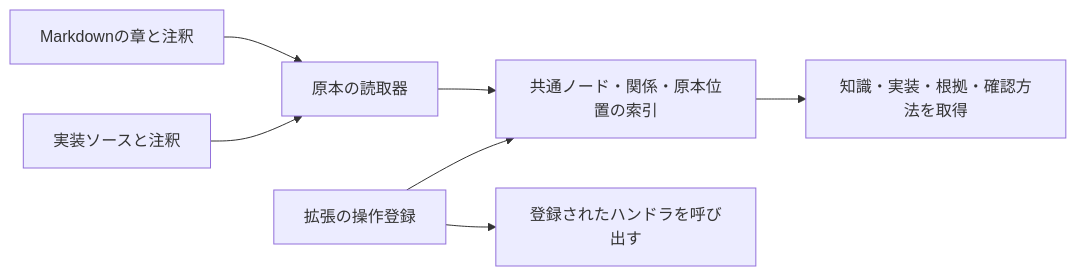
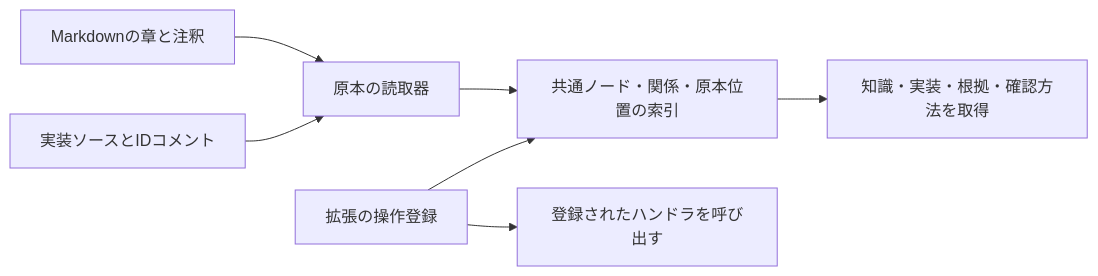
Before and after one commit to hamstest/logos: the diagram in ONTOLOGY.md, drawn with Mermaid. The commit also changed other lines of this file and 26 other files, not shown here.

````diff
--- a/ONTOLOGY.md
+++ b/ONTOLOGY.md
@@ -14,9 +17,9 @@
 ```mermaid
 flowchart LR
     M[Markdownの章と注釈] --> R[原本の読取器]
-    S[実装ソースと注釈] --> R
+    S[実装ソースとIDコメント] --> R
     R --> G[共通ノード・関係・原本位置の索引]
     P[拡張の操作登録] --> G
     G --> Q[知識・実装・根拠・確認方法を取得]
     P --> X[登録されたハンドラを呼び出す]
 ```
````
